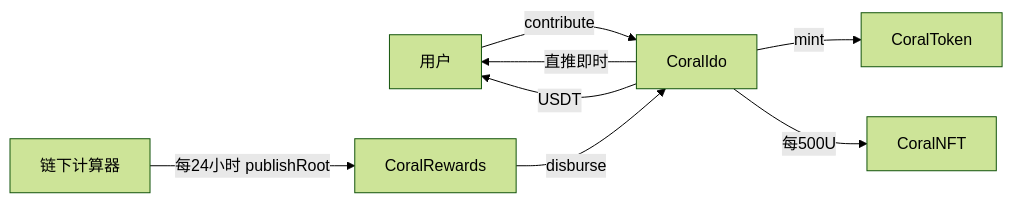
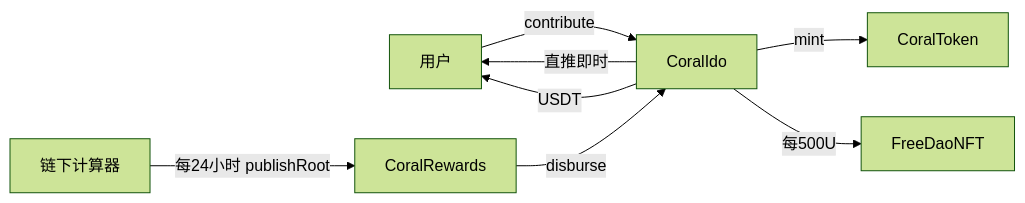
One commit to jackoelv/coral changed the diagram in README.md. Above: the diagram before and after it, drawn with Mermaid (forest theme). The commit also changed other lines of this file and 21 other files, not shown here.

First line of the commit message:
Rename the NFT and interest contracts to FreeDaoNFT and FreeDaoNFTInterest.

````diff
--- a/README.md
+++ b/README.md
@@ -13,10 +13,10 @@
 ```mermaid
 flowchart LR
   User[用户] -->|contribute| Vault[CoralIdo]
   Vault -->|直推即时| User
   Vault -->|mint| Token[CoralToken]
-  Vault -->|每500U| NFT[CoralNFT]
+  Vault -->|每500U| NFT[FreeDaoNFT]
   Indexer[链下计算器] -->|每24小时 publishRoot| Rewards[CoralRewards]
   Rewards -->|disburse| Vault
   Vault -->|USDT| User
 ```
````
